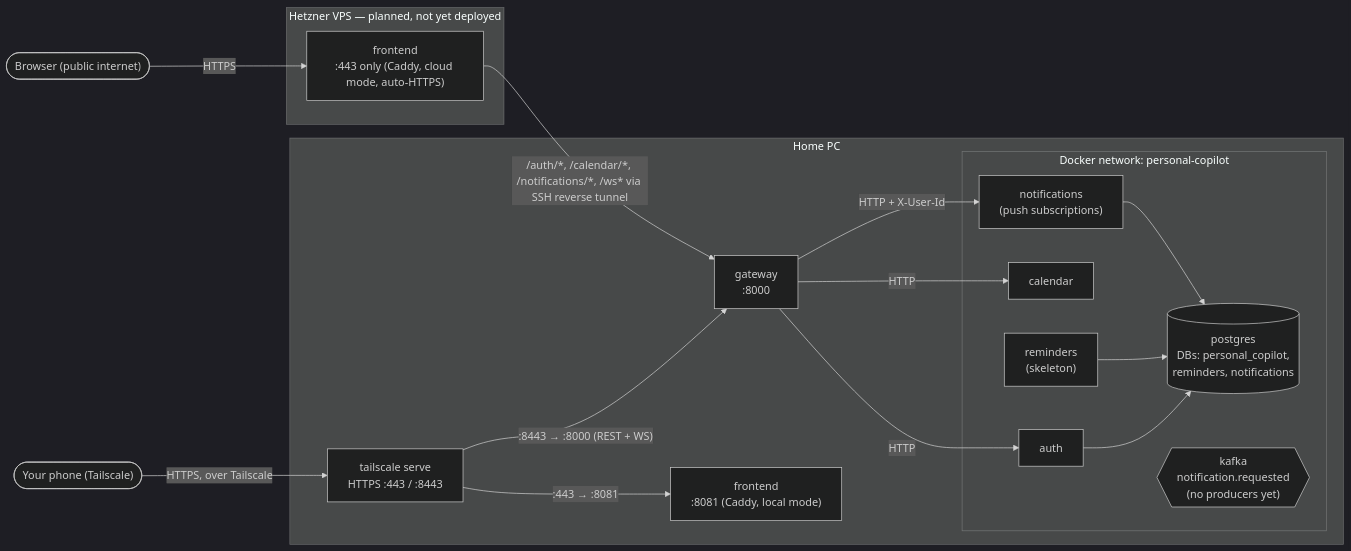
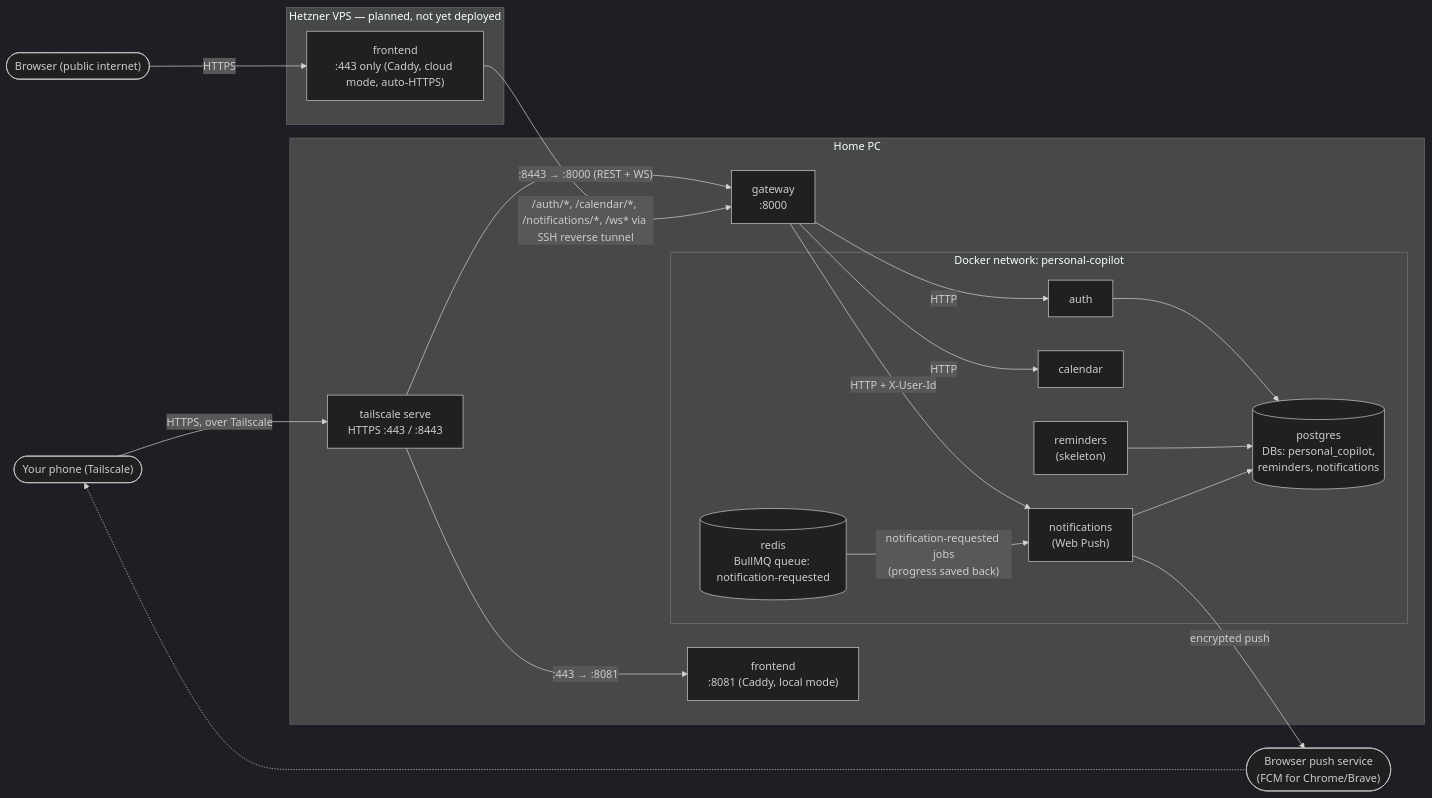
One commit to LidorElmakaies/personal-copilot changed the first of 3 diagrams in docs/specs/architecture.md. Above: the diagram before and after it, drawn with Mermaid (dark theme). The commit also changed other lines of this file and 94 other files, not shown here.

````diff
--- a/docs/specs/architecture.md
+++ b/docs/specs/architecture.md
@@ -17,37 +17,40 @@
 ```mermaid
 flowchart LR
     Phone(["Your phone (Tailscale)"])
     Browser(["Browser (public internet)"])
 
     subgraph Home["Home PC"]
         TsServe["tailscale serve\nHTTPS :443 / :8443"]
         Gateway["gateway\n:8000"]
         FrontendLocal["frontend\n:8081 (Caddy, local mode)"]
         subgraph Docker["Docker network: personal-copilot"]
             Auth["auth"]
             Calendar["calendar"]
             Reminders["reminders\n(skeleton)"]
-            Notifications["notifications\n(push subscriptions)"]
+            Notifications["notifications\n(Web Push)"]
             Postgres[("postgres\nDBs: personal_copilot,\nreminders, notifications")]
-            Kafka{{"kafka\nnotification.requested\n(no producers yet)"}}
+            Redis[("redis\nBullMQ queue: notification-requested")]
         end
     end
 
     subgraph VPS["Hetzner VPS — planned, not yet deployed"]
         CaddyCloud["frontend\n:443 only (Caddy, cloud mode, auto-HTTPS)"]
     end
 
     Phone -->|HTTPS, over Tailscale| TsServe
     TsServe -->|":443 → :8081"| FrontendLocal
     TsServe -->|":8443 → :8000 (REST + WS)"| Gateway
 
     Browser -->|HTTPS| CaddyCloud
     CaddyCloud -->|"/auth/*, /calendar/*, /notifications/*, /ws* via SSH reverse tunnel"| Gateway
 
     Gateway -->|HTTP| Auth
     Gateway -->|HTTP| Calendar
     Gateway -->|"HTTP + X-User-Id"| Notifications
     Auth --> Postgres
     Reminders --> Postgres
     Notifications --> Postgres
+    Redis -->|"notification-requested jobs\n(progress saved back)"| Notifications
+    Notifications -->|"encrypted push"| PushSvc(["Browser push service\n(FCM for Chrome/Brave)"])
+    PushSvc -.-> Phone
 ```
````
